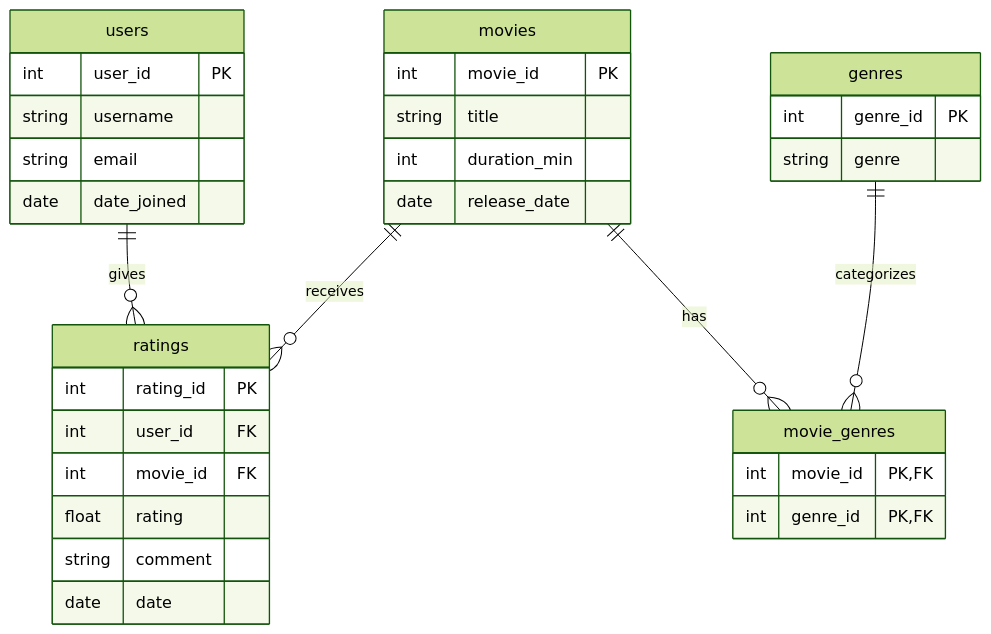
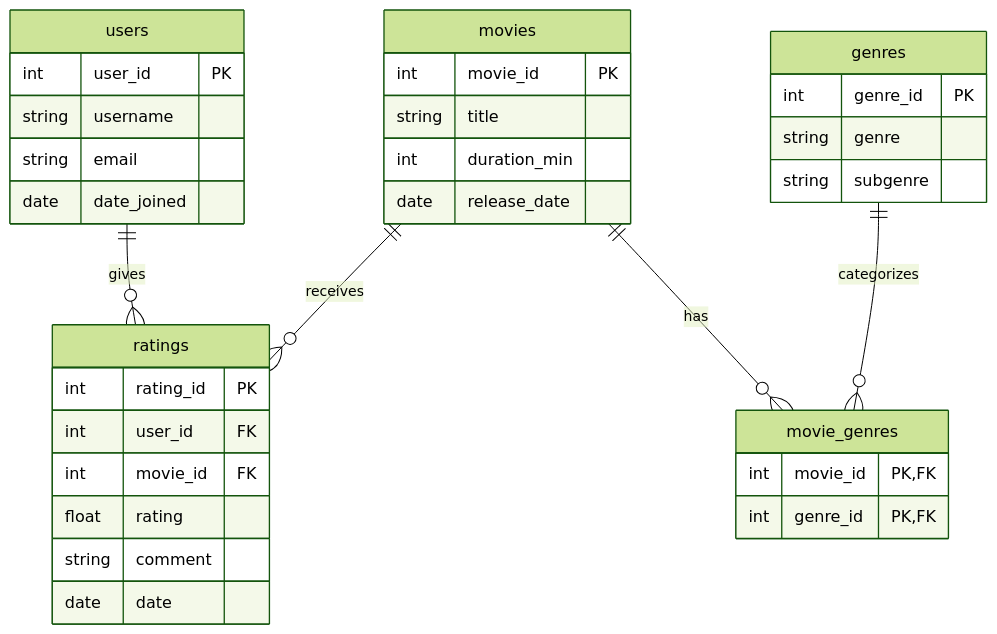
Before and after one commit to bellaboulais/ex603-movie-tv-database: the diagram in schema/erd.mmd, drawn with Mermaid (forest theme). The commit also changed 4 other files, not shown here.

```diff
--- a/schema/erd.mmd
+++ b/schema/erd.mmd
@@ -1,38 +1,39 @@
 erDiagram
     users ||--o{ ratings : gives
     movies ||--o{ ratings : receives
     movies ||--o{ movie_genres : has
     genres ||--o{ movie_genres : categorizes
 
     users {
         int user_id PK
         string username
         string email
         date date_joined
     }
 
     movies {
         int movie_id PK
         string title
         int duration_min
         date release_date
     }
 
     ratings {
         int rating_id PK
         int user_id FK
         int movie_id FK
         float rating
         string comment
         date date
     }
 
     genres {
         int genre_id PK
         string genre
+        string subgenre
     }
 
     movie_genres {
         int movie_id PK, FK
         int genre_id PK, FK
     }
```
